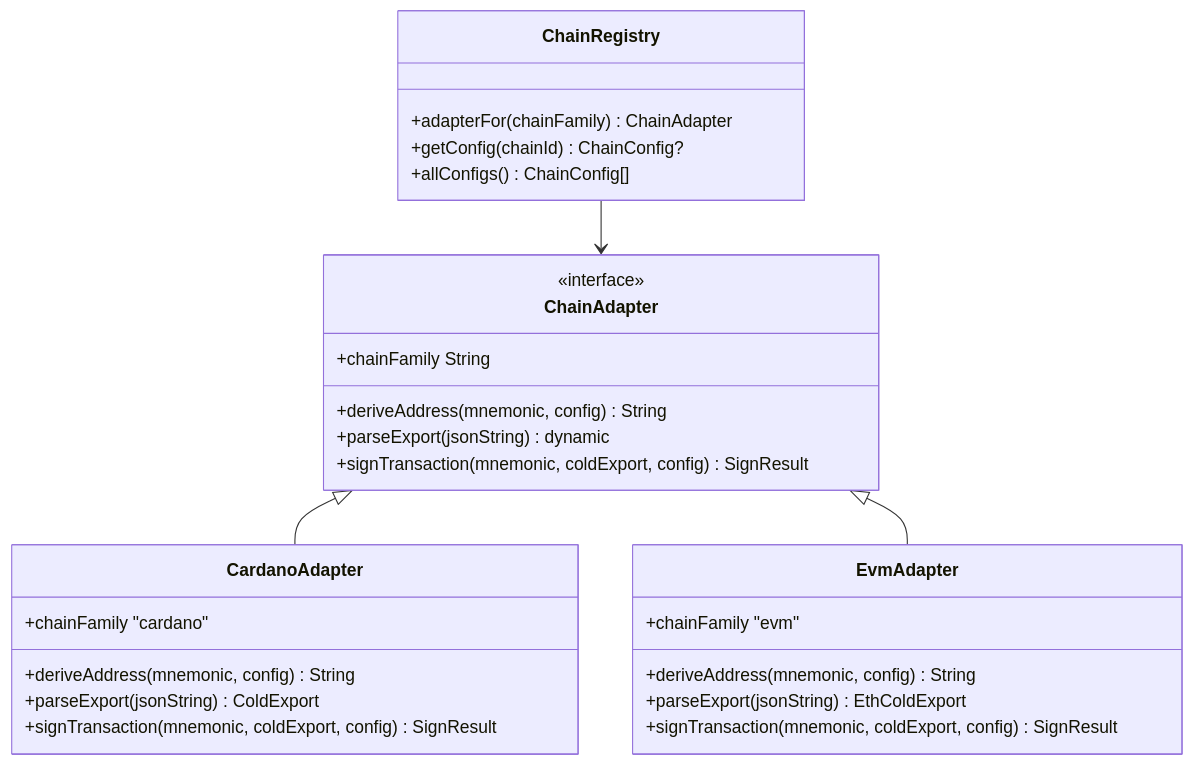
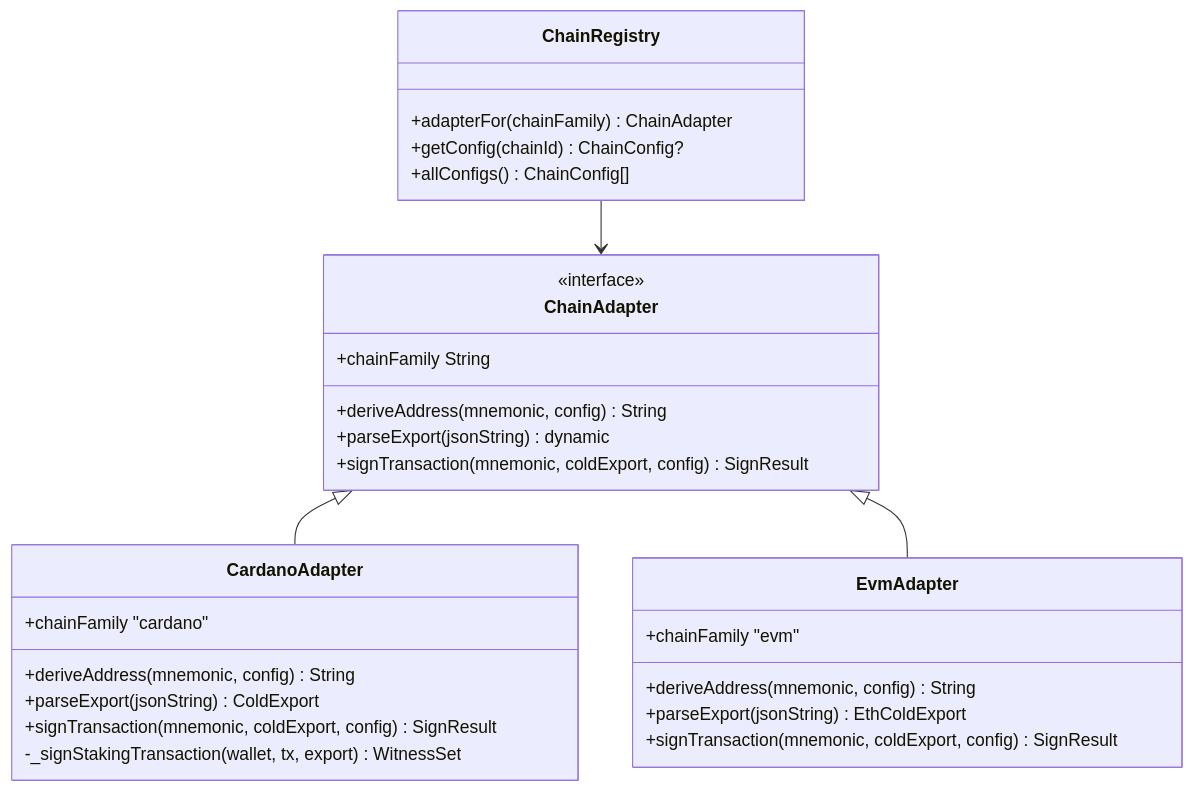
One commit to EqualToEthan/stasis changed the fourth of 8 diagrams in .qoder/repowiki/zh/content/核心服务/交易处理服务.md. Above: the diagram before and after it, drawn with Mermaid. The commit also changed other lines of this file and 60 other files, not shown here.

````diff
--- a/.qoder/repowiki/zh/content/核心服务/交易处理服务.md
+++ b/.qoder/repowiki/zh/content/核心服务/交易处理服务.md
@@ -205,30 +212,31 @@
 ```mermaid
 classDiagram
 class ChainAdapter {
 <<interface>>
 +chainFamily String
 +deriveAddress(mnemonic, config) String
 +parseExport(jsonString) dynamic
 +signTransaction(mnemonic, coldExport, config) SignResult
 }
 class CardanoAdapter {
 +chainFamily "cardano"
 +deriveAddress(mnemonic, config) String
 +parseExport(jsonString) ColdExport
 +signTransaction(mnemonic, coldExport, config) SignResult
+-_signStakingTransaction(wallet, tx, export) WitnessSet
 }
 class EvmAdapter {
 +chainFamily "evm"
 +deriveAddress(mnemonic, config) String
 +parseExport(jsonString) EthColdExport
 +signTransaction(mnemonic, coldExport, config) SignResult
 }
 class ChainRegistry {
 +adapterFor(chainFamily) ChainAdapter
 +getConfig(chainId) ChainConfig?
 +allConfigs() ChainConfig[]
 }
 ChainAdapter <|-- CardanoAdapter
 ChainAdapter <|-- EvmAdapter
 ChainRegistry --> ChainAdapter
 ```
````
